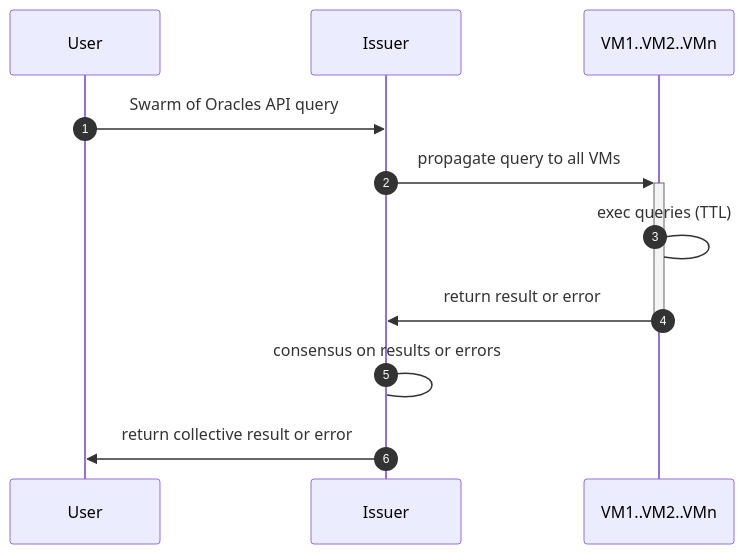
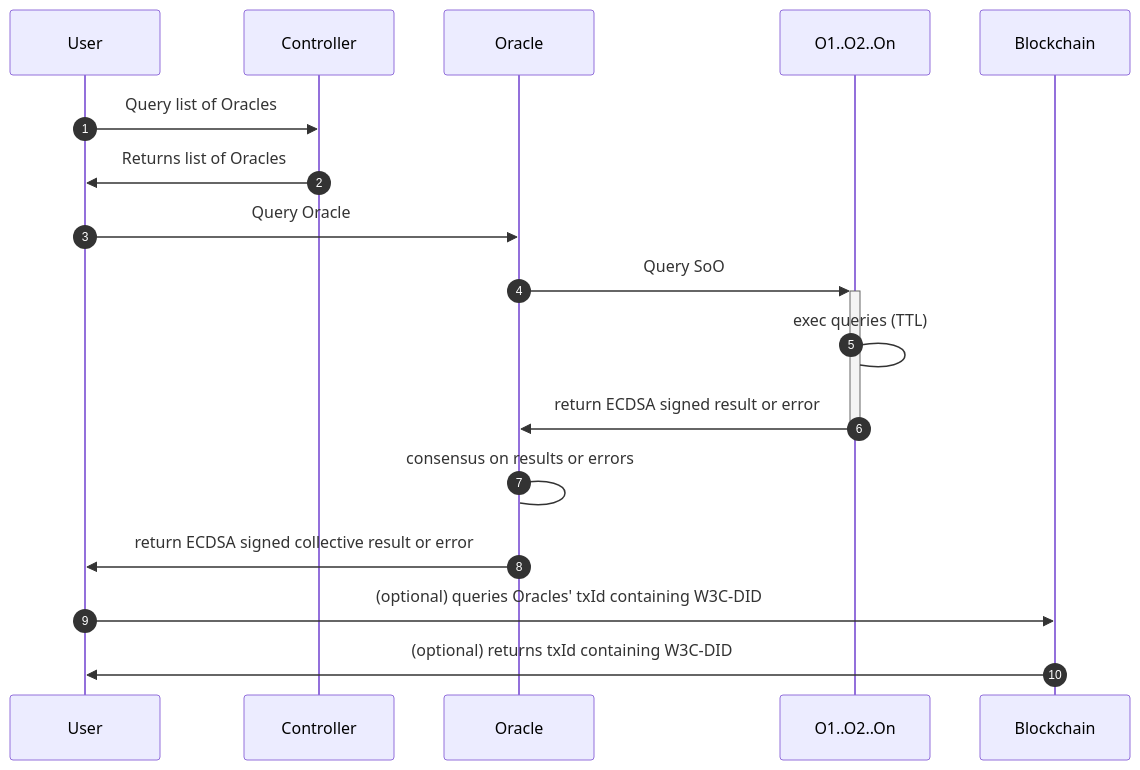
The fourth of 5 diagrams in README.md (dyne/zenswarm), drawn with Mermaid before and after one commit. The commit also changed other lines of this file, not shown here.

````diff
--- a/README.md
+++ b/README.md
@@ -96,13 +141,21 @@
 ```mermaid
 sequenceDiagram
 autonumber
   participant U as User
-  participant I as Issuer
-  participant V as VM1..VM2..VMn
-  U->>I: Swarm of Oracles API query
-  I->>+V: propagate query to all VMs
+  participant I as Controller
+  participant O as Oracle
+  participant V as O1..O2..On
+  participant B as Blockchain
+  
+  
+  U->>I: Query list of Oracles
+  I->>U: Returns list of Oracles
+  U->>O: Query Oracle
+  O->>+V: Query SoO
   V->V: exec queries (TTL)
-  V->>-I: return result or error
-  I->I: consensus on results or errors
-  I->>U: return collective result or error
+  V->>-O: return ECDSA signed result or error
+  O->O: consensus on results or errors
+  O->>U: return ECDSA signed collective result or error
+  U->>B: (optional) queries Oracles' txId containing W3C-DID
+  B->>U: (optional) returns txId containing W3C-DID
 ```
````
